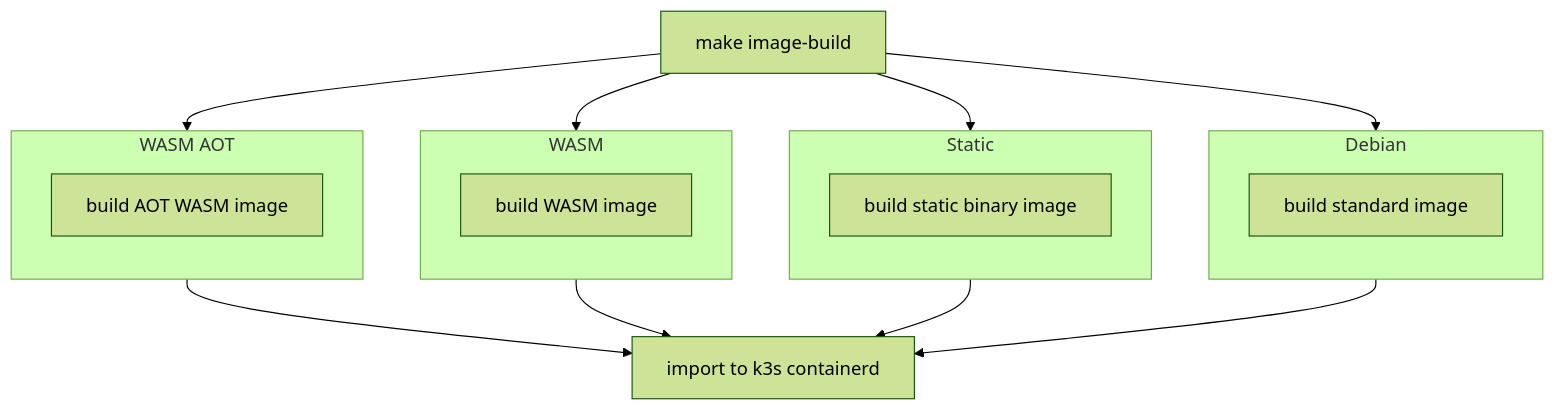
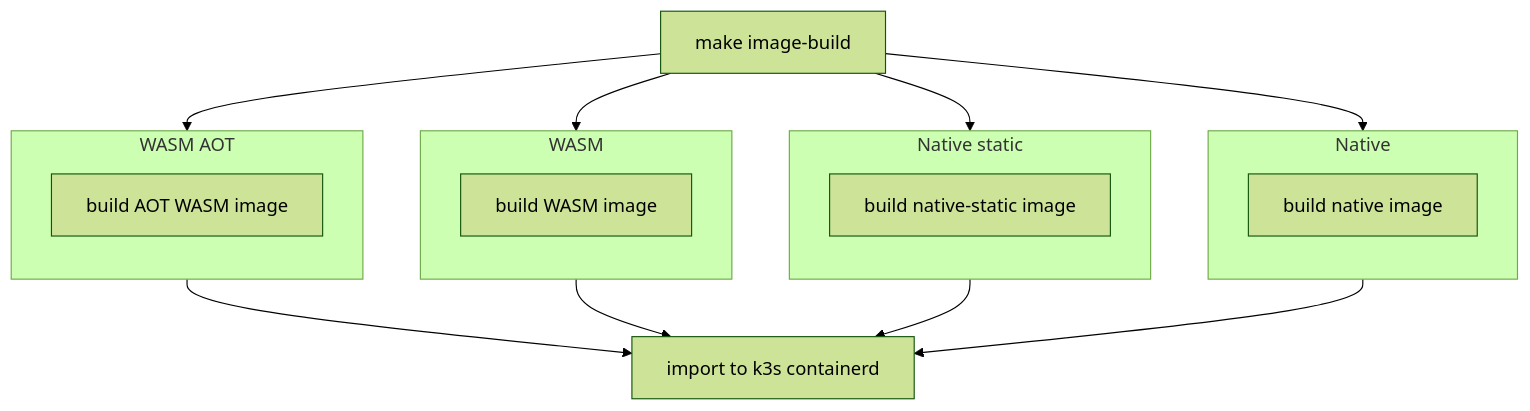
Before and after one commit to petrosbal/krater: the first of 3 diagrams in README.md, drawn with Mermaid (forest theme). The commit also changed other lines of this file and 4 other files, not shown here.

````diff
--- a/README.md
+++ b/README.md
@@ -92,38 +92,38 @@
 ```mermaid
 flowchart TD
     Root[make image-build]
 
-    subgraph DebianFlow [Debian]
+    subgraph DebianFlow [Native]
         direction TB
-        DebBuild[build standard image]
+        DebBuild[build native image]
     end
 
-    subgraph StaticFlow [Static]
+    subgraph StaticFlow [Native static]
         direction TB
-        StatBuild[build static binary image]
+        StatBuild[build native-static image]
     end
 
     subgraph WasmFlow [WASM]
         direction TB
         WasmBuild[build WASM image]
     end
 
     subgraph WasmAotFlow [WASM AOT]
         direction TB
         WasmAotBuild[build AOT WASM image]
     end
 
     Import[import to k3s containerd]
 
     %% Connections
     Root --> DebianFlow
     Root --> StaticFlow
     Root --> WasmFlow
     Root --> WasmAotFlow
 
     %% Converge to single import step
     DebBuild --> Import
     StatBuild --> Import
     WasmBuild --> Import
     WasmAotBuild --> Import
 ```
````
